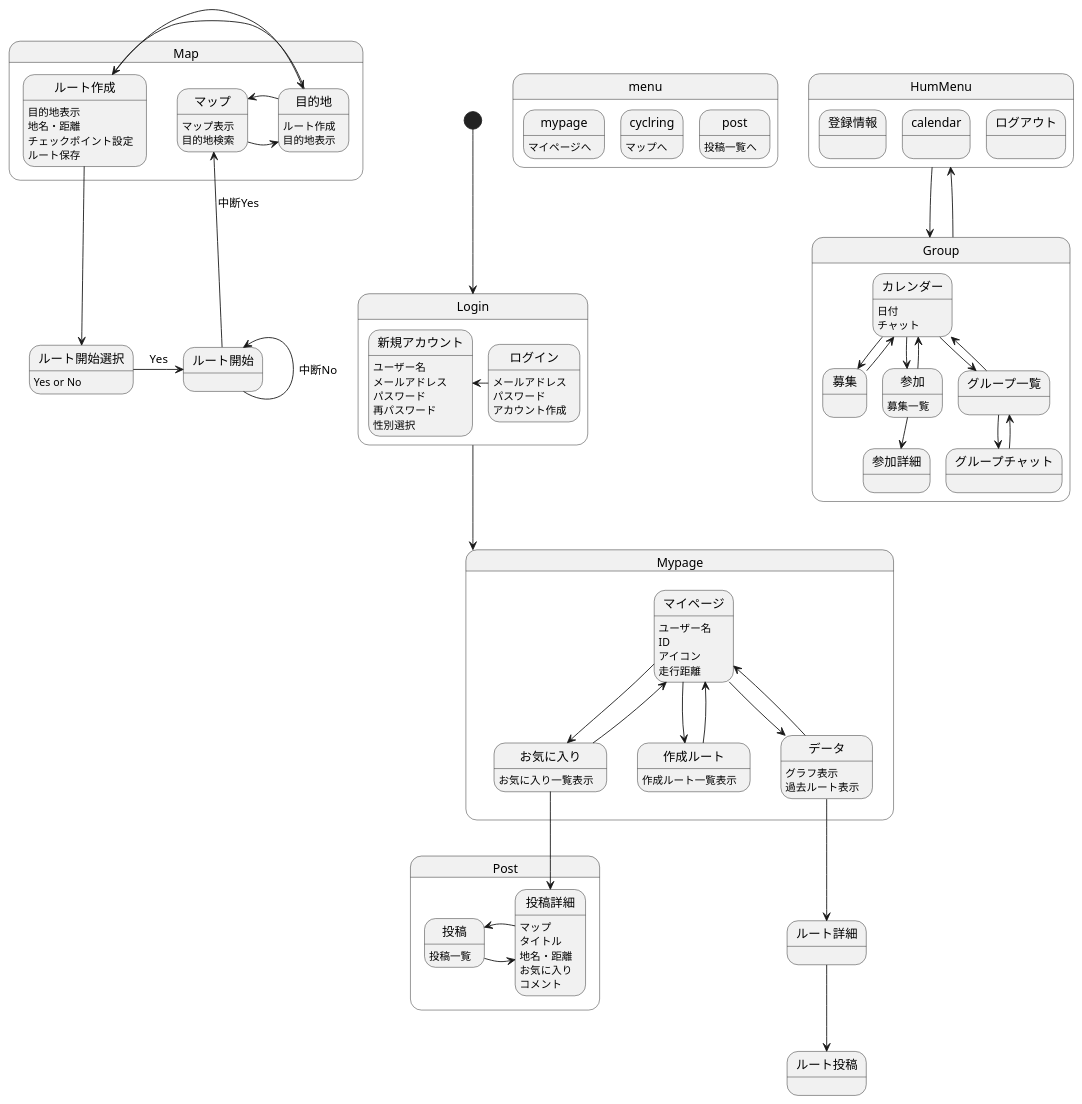
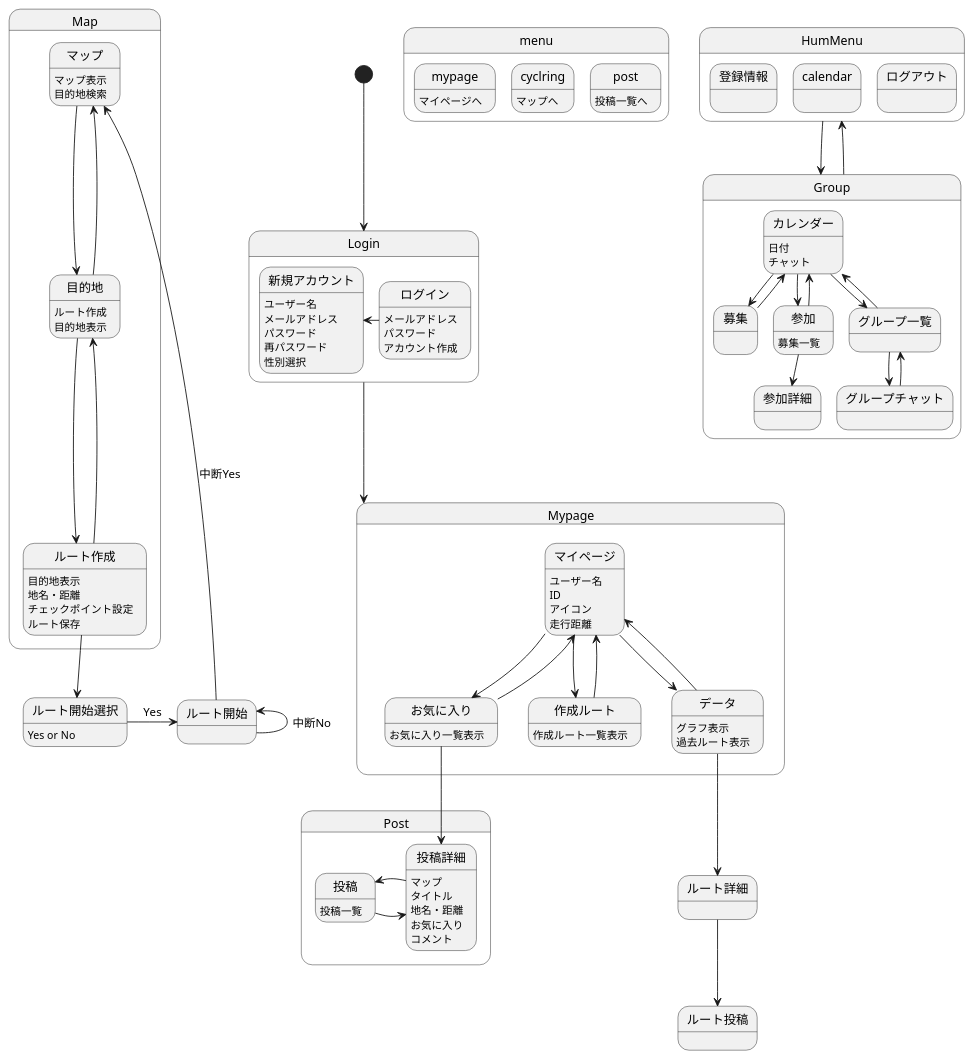
One commit to AsoSD3A3/CyclingSystem changed the diagram in 画面遷移図/gm.md. Above: the diagram before and after it, drawn with PlantUML.

```diff
--- a/画面遷移図/gm.md
+++ b/画面遷移図/gm.md
@@ -72,11 +72,11 @@
 マップ:マップ表示
 マップ:目的地検索
 マップ-right->目的地
-目的地-left->マップ
+目的地-->マップ
 目的地:ルート作成
 目的地:目的地表示
 目的地-right->ルート作成
-ルート作成-left->目的地
+ルート作成-->目的地
 ルート作成:目的地表示
 ルート作成:地名・距離
 ルート作成:チェックポイント設定
```
